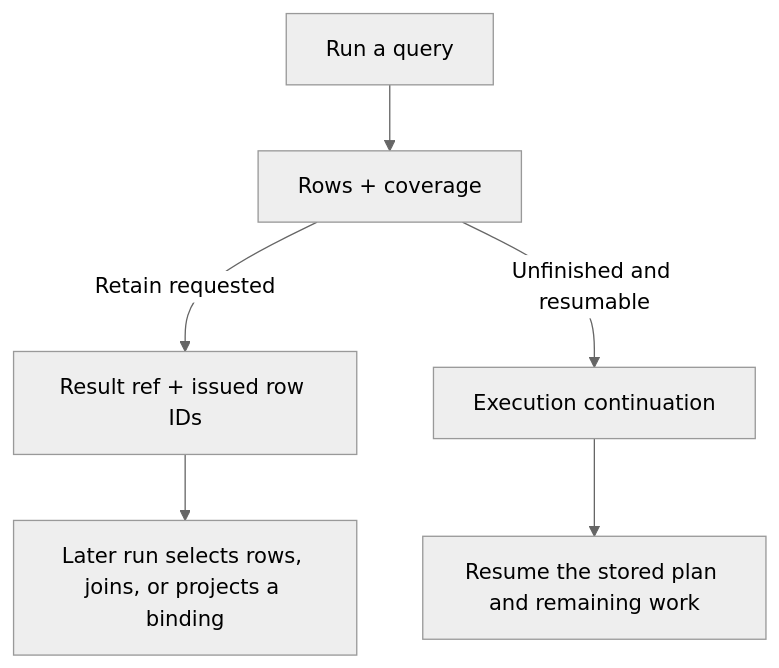
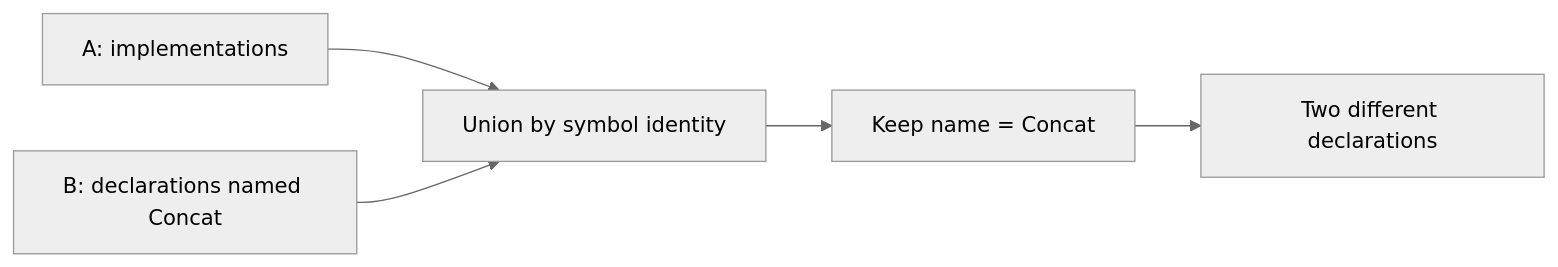
Before and after one commit to amichne/kast: the diagram in docs/public/query-pipelines.mdx, drawn with Mermaid (neutral theme). The commit also changed other lines of this file and 16 other files, not shown here.

````diff
--- a/docs/public/query-pipelines.mdx
+++ b/docs/public/query-pipelines.mdx
@@ -40,8 +87,7 @@
 ```mermaid
-flowchart TB
-  A["Run a query"] --> B["Rows + coverage"]
-  B -->|Retain requested| C["Result ref + issued row IDs"]
-  B -->|Unfinished and resumable| D["Execution continuation"]
-  C --> E["Later run selects rows, joins, or projects a binding"]
-  D --> F["Resume the stored plan and remaining work"]
+flowchart LR
+  A["A: implementations"] --> U["Union by symbol identity"]
+  B["B: declarations named Concat"] --> U
+  U --> F["Keep name = Concat"]
+  F --> R["Two different declarations"]
 ```
````
